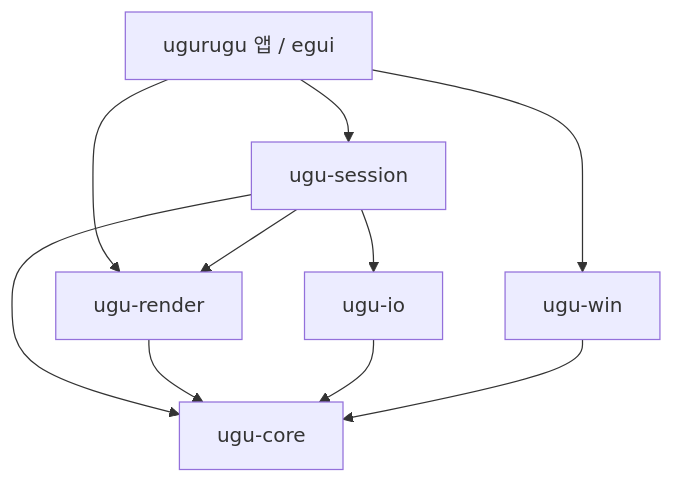
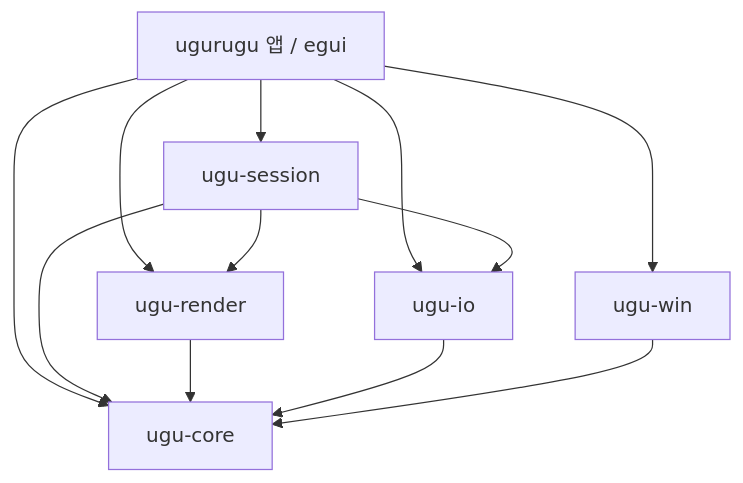
The diagram in docs/RUST_WINDOWS_PORT_PLAN.md (nyabi-gh/Ugurugu), drawn with Mermaid before and after one commit. The commit also changed other lines of this file, not shown here.

````diff
--- a/docs/RUST_WINDOWS_PORT_PLAN.md
+++ b/docs/RUST_WINDOWS_PORT_PLAN.md
@@ -198,12 +206,14 @@
 ```mermaid
 flowchart TD
   A[ugurugu 앱 / egui] --> S[ugu-session]
   A --> W[ugu-win]
   A --> R[ugu-render]
-  S --> C[ugu-core]
+  A --> C[ugu-core]
+  A --> I[ugu-io]
+  S --> C
   S --> R
-  S --> I[ugu-io]
+  S --> I
   R --> C
   I --> C
   W --> C
 ```
````
